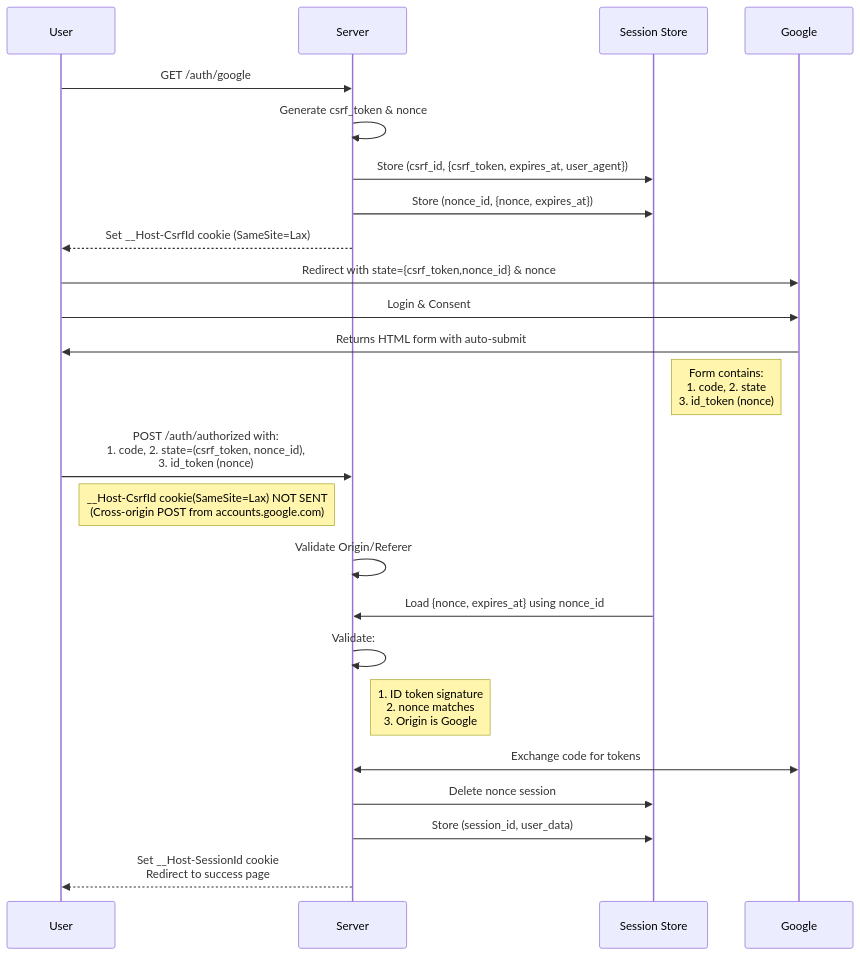
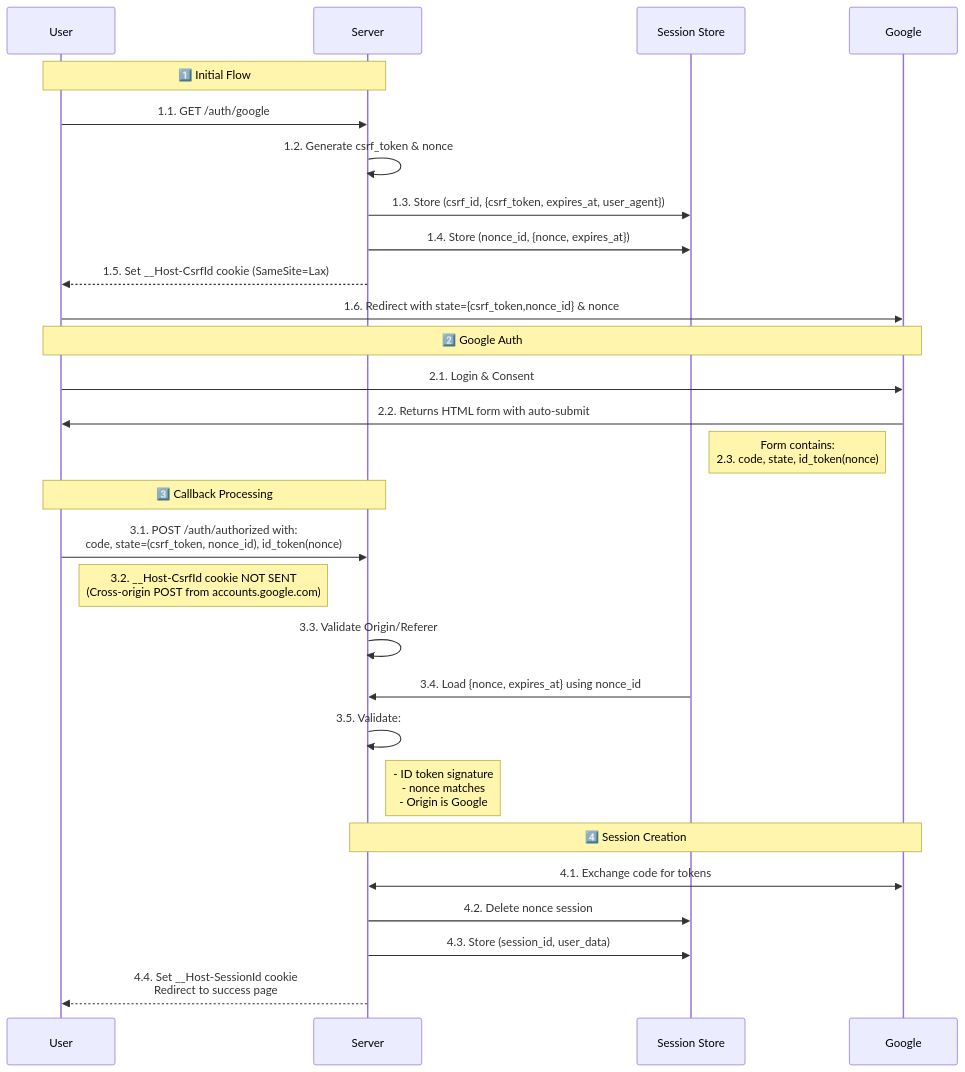
One commit to ktaka-ccmp/axum-google-oauth2 changed the first of 3 diagrams in Readme.md. Above: the diagram before and after it, drawn with Mermaid. The commit also changed other lines of this file, not shown here.

````diff
--- a/Readme.md
+++ b/Readme.md
@@ -63,31 +63,35 @@
 ```mermaid
 sequenceDiagram
     participant User
     participant Server
     participant Session Store
     participant Google
 
-    User->>Server: GET /auth/google
-    Server->>Server: Generate csrf_token & nonce
-    Server->>Session Store: Store (csrf_id, {csrf_token, expires_at, user_agent})
-    Server->>Session Store: Store (nonce_id, {nonce, expires_at})
-    Server-->>User: Set __Host-CsrfId cookie (SameSite=Lax)
-    User->>Google: Redirect with state={csrf_token,nonce_id} & nonce
+    Note over User,Server: 1️⃣ Initial Flow
+    User->>Server: 1.1. GET /auth/google
+    Server->>Server: 1.2. Generate csrf_token & nonce
+    Server->>Session Store: 1.3. Store (csrf_id, {csrf_token, expires_at, user_agent})
+    Server->>Session Store: 1.4. Store (nonce_id, {nonce, expires_at})
+    Server-->>User: 1.5. Set __Host-CsrfId cookie (SameSite=Lax)
+    User->>Google: 1.6. Redirect with state={csrf_token,nonce_id} & nonce
     
-    User->>Google: Login & Consent
-    Google->>User: Returns HTML form with auto-submit
-    Note left of Google: Form contains:<br/>1. code, 2. state<br/>3. id_token (nonce)
+    Note over User,Google: 2️⃣ Google Auth
+    User->>Google: 2.1. Login & Consent
+    Google->>User: 2.2. Returns HTML form with auto-submit
+    Note left of Google: Form contains:<br/>2.3. code, state, id_token(nonce)
 
-    User->>Server: POST /auth/authorized with: <br/>1. code, 2. state=(csrf_token, nonce_id),<br/>3. id_token (nonce)
-    Note right of User: __Host-CsrfId cookie(SameSite=Lax) NOT SENT<br/>(Cross-origin POST from accounts.google.com)
+    Note over User,Server: 3️⃣ Callback Processing
+    User->>Server: 3.1. POST /auth/authorized with:<br/>code, state=(csrf_token, nonce_id), id_token(nonce)
+    Note right of User: 3.2. __Host-CsrfId cookie NOT SENT<br/>(Cross-origin POST from accounts.google.com)
     
-    Server->>Server: Validate Origin/Referer
-    Session Store->>Server: Load {nonce, expires_at} using nonce_id
-    Server->>Server: Validate:
-    Note right of Server: 1. ID token signature<br/>2. nonce matches<br/>3. Origin is Google
+    Server->>Server: 3.3. Validate Origin/Referer
+    Session Store->>Server: 3.4. Load {nonce, expires_at} using nonce_id
+    Server->>Server: 3.5. Validate:
+    Note right of Server: - ID token signature<br/>- nonce matches<br/>- Origin is Google
     
-    Server<<->>Google: Exchange code for tokens
-    Server->>Session Store: Delete nonce session
-    Server->>Session Store: Store (session_id, user_data)
-    Server-->>User: Set __Host-SessionId cookie<br/>Redirect to success page
+    Note over Server,Google: 4️⃣ Session Creation
+    Server<<->>Google: 4.1. Exchange code for tokens
+    Server->>Session Store: 4.2. Delete nonce session
+    Server->>Session Store: 4.3. Store (session_id, user_data)
+    Server-->>User: 4.4. Set __Host-SessionId cookie<br/>Redirect to success page
 ```
````
